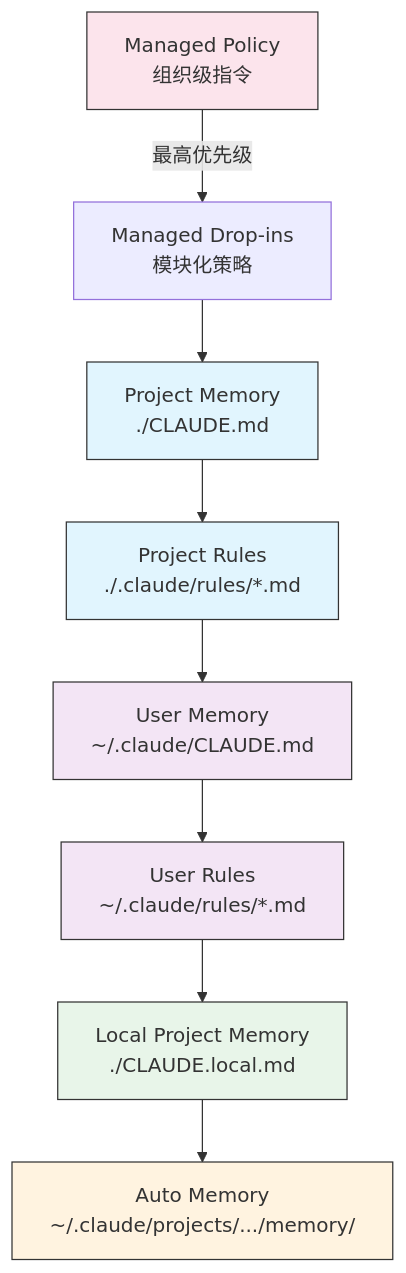
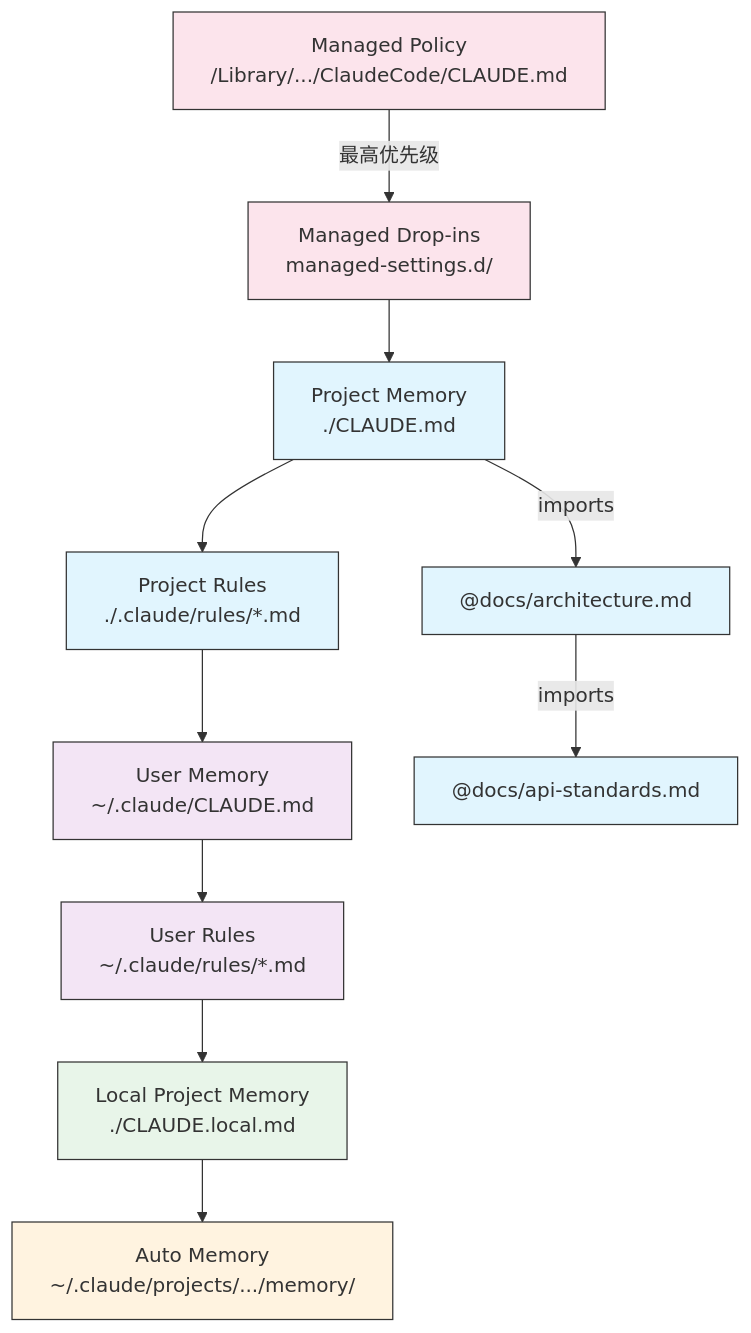
The second of 4 diagrams in content/posts/2026-04-23-claude-code-tutorial-02-memory.md (ifindv/ifindv.github.io), drawn with Mermaid before and after one commit. The commit also changed other lines of this file and 9 other files, not shown here.

First line of the commit message:
feat: refactor Claude Code tutorial blog posts

````diff
--- a/content/posts/2026-04-23-claude-code-tutorial-02-memory.md
+++ b/content/posts/2026-04-23-claude-code-tutorial-02-memory.md
@@ -36,18 +215,24 @@
 ```mermaid
 graph TD
-    A["Managed Policy<br/>组织级指令"] -->|最高优先级| A2["Managed Drop-ins<br/>模块化策略"]
+    A["Managed Policy<br/>/Library/.../ClaudeCode/CLAUDE.md"] -->|最高优先级| A2["Managed Drop-ins<br/>managed-settings.d/"]
     A2 --> B["Project Memory<br/>./CLAUDE.md"]
     B --> C["Project Rules<br/>./.claude/rules/*.md"]
     C --> D["User Memory<br/>~/.claude/CLAUDE.md"]
     D --> E["User Rules<br/>~/.claude/rules/*.md"]
     E --> F["Local Project Memory<br/>./CLAUDE.local.md"]
     F --> G["Auto Memory<br/>~/.claude/projects/.../memory/"]
 
+    B -->|imports| H["@docs/architecture.md"]
+    H -->|imports| I["@docs/api-standards.md"]
+
     style A fill:#fce4ec,stroke:#333,color:#333
+    style A2 fill:#fce4ec,stroke:#333,color:#333
     style B fill:#e1f5fe,stroke:#333,color:#333
     style C fill:#e1f5fe,stroke:#333,color:#333
     style D fill:#f3e5f5,stroke:#333,color:#333
     style E fill:#f3e5f5,stroke:#333,color:#333
     style F fill:#e8f5e9,stroke:#333,color:#333
     style G fill:#fff3e0,stroke:#333,color:#333
+    style H fill:#e1f5fe,stroke:#333,color:#333
+    style I fill:#e1f5fe,stroke:#333,color:#333
 ```
````
